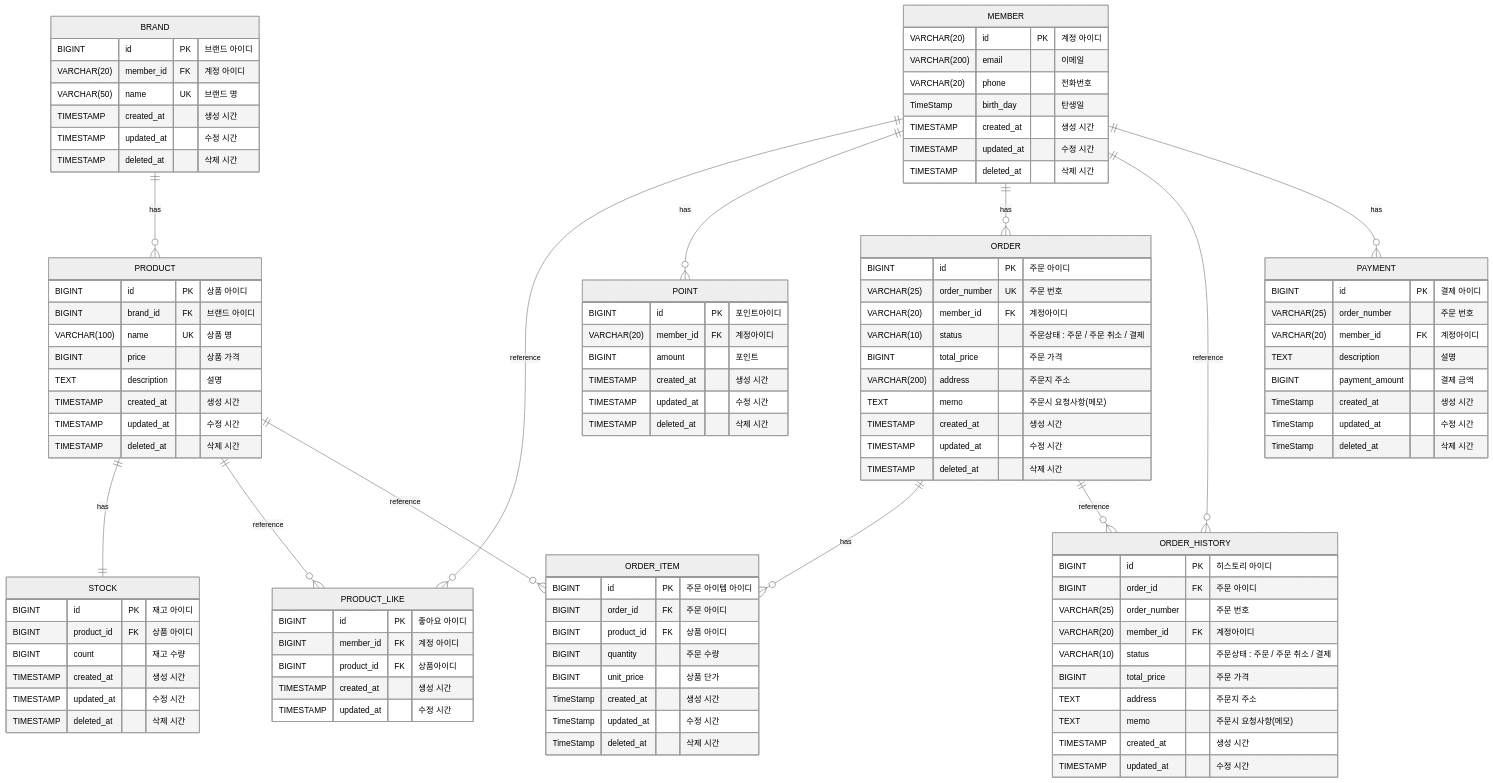
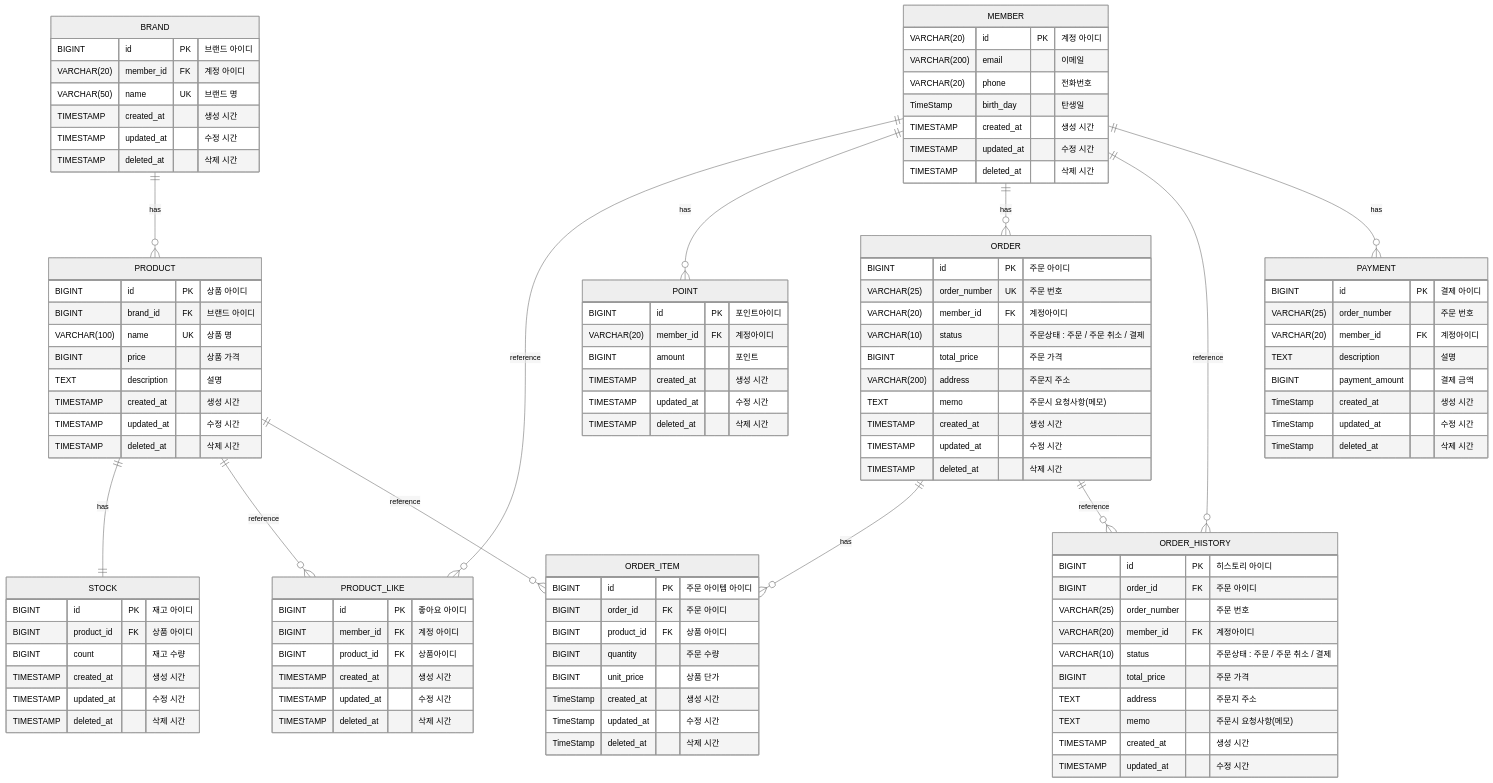
The diagram in apps/commerce-api/docs/desigin/04-erd.md (Loopers-Team-6/younghun), drawn with Mermaid (neutral theme) before and after one commit. The commit also changed 1 other file, not shown here.

Commit message:
docs: 좋아요에 삭제 시간 등록

```diff
--- a/apps/commerce-api/docs/desigin/04-erd.md
+++ b/apps/commerce-api/docs/desigin/04-erd.md
@@ -44,6 +44,7 @@
  
  TIMESTAMP created_at "생성 시간"
  TIMESTAMP updated_at "수정 시간"
+ TIMESTAMP deleted_at "삭제 시간"
 }
 
 %% 계정
```
